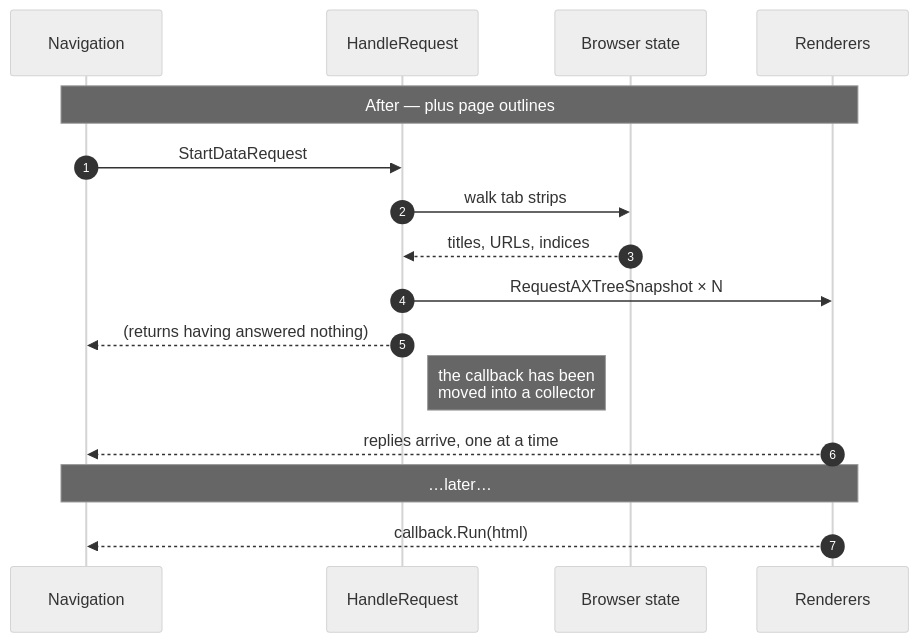
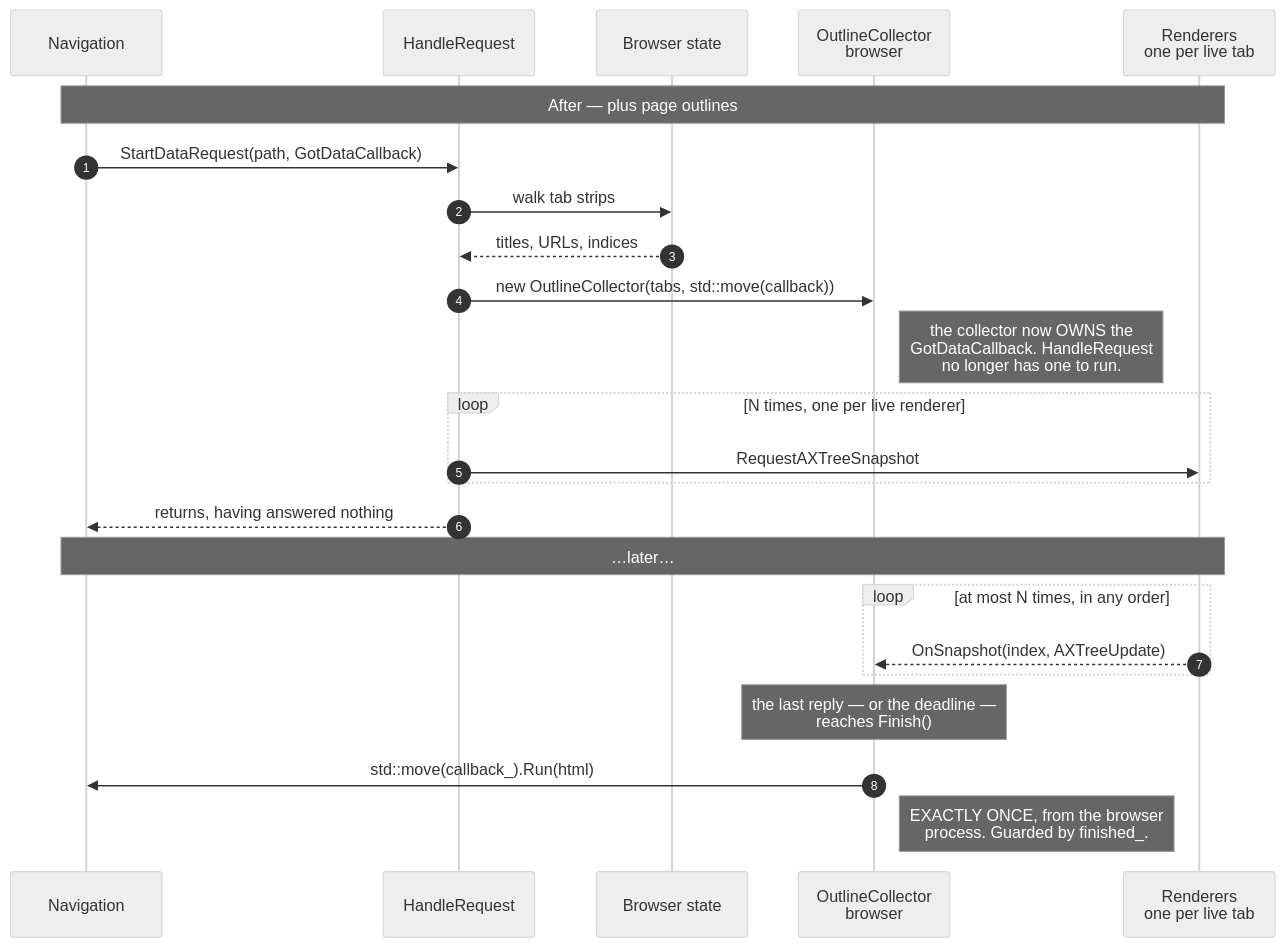
Before and after one commit to obeletski/chromium: the third of 11 diagrams in docs/floating_window/floating-window-page-outlines.md, drawn with Mermaid (neutral theme). The commit also changed other lines of this file and 12 other files, not shown here.

````diff
--- a/docs/floating_window/floating-window-page-outlines.md
+++ b/docs/floating_window/floating-window-page-outlines.md
@@ -87,19 +117,27 @@
 ```mermaid
 sequenceDiagram
   autonumber
   participant N as Navigation
   participant HR as HandleRequest
   participant B as Browser state
-  participant R as Renderers
+  participant OC as OutlineCollector<br/>browser
+  participant R as Renderers<br/>one per live tab
 
   Note over N,R: After — plus page outlines
-  N->>HR: StartDataRequest
+  N->>HR: StartDataRequest(path, GotDataCallback)
   HR->>B: walk tab strips
   B-->>HR: titles, URLs, indices
-  HR->>R: RequestAXTreeSnapshot × N
-  HR-->>N: (returns having answered nothing)
-  Note right of HR: the callback has been<br/>moved into a collector
-  R-->>N: replies arrive, one at a time
+  HR->>OC: new OutlineCollector(tabs, std::move(callback))
+  Note right of OC: the collector now OWNS the<br/>GotDataCallback. HandleRequest<br/>no longer has one to run.
+  loop N times, one per live renderer
+    HR->>R: RequestAXTreeSnapshot
+  end
+  HR-->>N: returns, having answered nothing
   Note over N,R: …later…
-  R-->>N: callback.Run(html)
+  loop at most N times, in any order
+    R-->>OC: OnSnapshot(index, AXTreeUpdate)
+  end
+  Note over OC: the last reply — or the deadline —<br/>reaches Finish()
+  OC->>N: std::move(callback_).Run(html)
+  Note right of OC: EXACTLY ONCE, from the browser<br/>process. Guarded by finished_.
 ```
````
